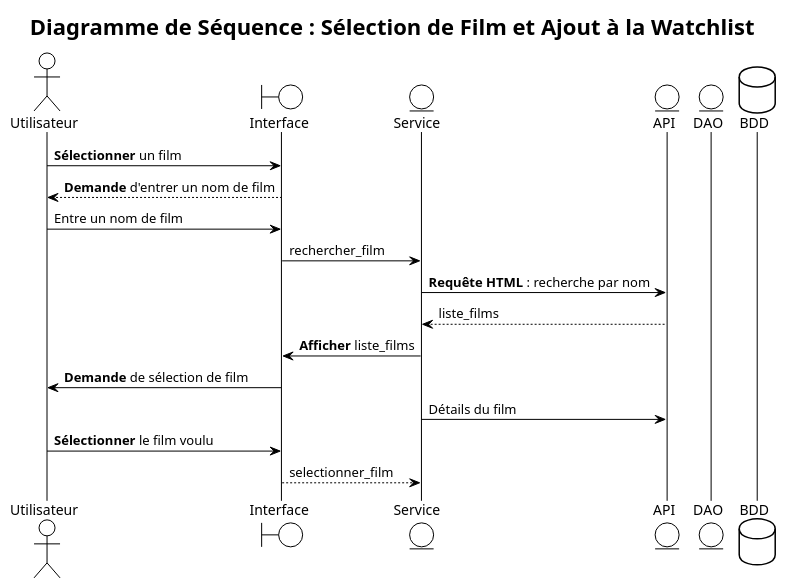
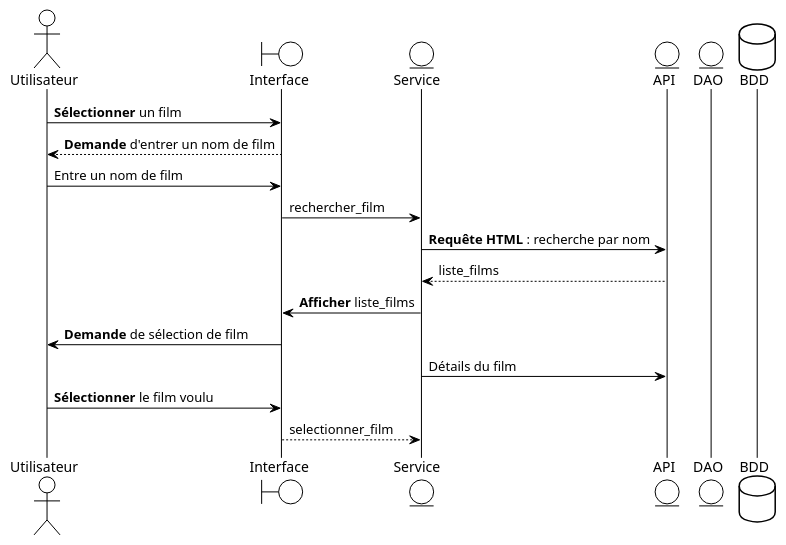
Before and after one commit to gpmp58/StreamSmartGroupe11: the diagram in Documents/Diagrammes PlantUML/_diag_seq_film.puml, drawn with PlantUML. The commit also changed 8 other files, not shown here.

```diff
--- a/Documents/Diagrammes PlantUML/_diag_seq_film.puml
+++ b/Documents/Diagrammes PlantUML/_diag_seq_film.puml
@@ -1,28 +1,28 @@
 @startuml
 !theme plain
 
 actor Utilisateur as user
 boundary Interface as interface
 entity "Service " as filmService
 entity "API" as API
 entity "DAO" as dao
 database "BDD" as db
 
-title Diagramme de Séquence : Sélection de Film et Ajout à la Watchlist
+
 
 user -> interface : **Sélectionner** un film
 interface-->user : **Demande** d'entrer un nom de film
 user -> interface : Entre un nom de film
 
 interface->filmService: rechercher_film
 filmService -> API : **Requête HTML** : recherche par nom
 API --> filmService : liste_films
 filmService -> interface : **Afficher** liste_films
 interface -> user : **Demande** de sélection de film
 filmService -> API : Détails du film
 
 user -> interface : **Sélectionner** le film voulu
 interface--> filmService : selectionner_film
 
 
 @enduml
```
